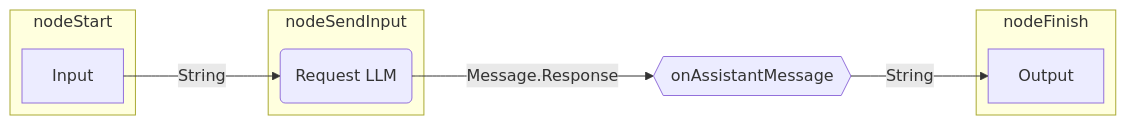
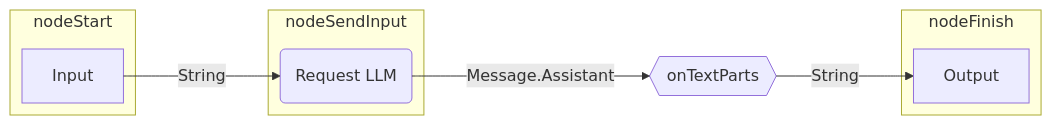
The second of 2 diagrams in docs/docs/agents/graph-based-agents.md (JetBrains/koog), drawn with Mermaid before and after one commit. The commit also changed other lines of this file and 348 other files, not shown here.

````diff
--- a/docs/docs/agents/graph-based-agents.md
+++ b/docs/docs/agents/graph-based-agents.md
@@ -326,21 +337,21 @@
 ```mermaid
 ---
 config:
   flowchart:
     defaultRenderer: "elk"
 ---
 graph LR
     subgraph nodeStart
         Input
     end
     
     subgraph nodeFinish
         Output
     end
     
     subgraph nodeSendInput
         llmRequest(Request LLM)
     end
     
-    Input --String--> llmRequest --Message.Response--> onAssistantMessage{{onAssistantMessage}} --String--> Output
+    Input --String--> llmRequest --Message.Assistant--> onTextParts{{onTextParts}} --String--> Output
 ```
````
